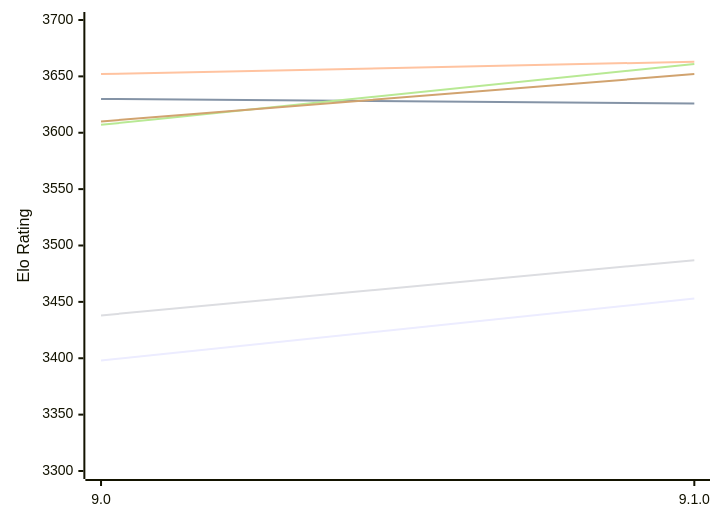
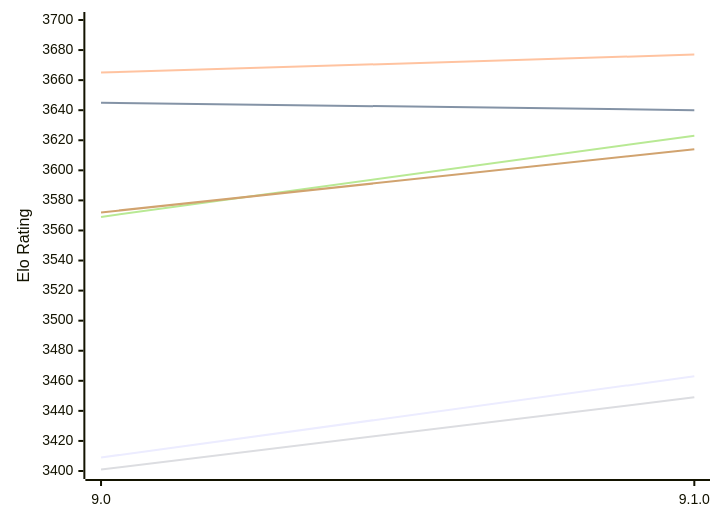
The first of 2 diagrams in engines/Alexandria.md (computer-chess-index/cci), drawn with Mermaid before and after one commit. The commit also changed other lines of this file, not shown here.

Commit message:
Update CCI Ratings (ELO VLTC) - 2026-11-14

````diff
--- a/engines/Alexandria.md
+++ b/engines/Alexandria.md
@@ -54,12 +54,12 @@
 ```mermaid
 %%{init: {"theme":"base","themeVariables":{"seriesColors:['#a3a3a3','#222221','#faa371']}}}%%
 xychart-beta
   x-axis ["9.0", "9.1.0"]
-  y-axis "Elo Rating" 3300 --> 3700
-  line "E1: STC (8.0+0.08s)" [3398, 3453]
-  line "E1: LTC (60.0+0.60s)" [3630, 3626]
-  line "E1: VLTC (2m24s+1.12s)" [3652, 3663]
-  line "P1: STC (8.0+0.08s)" [3438, 3487]
-  line "P1: LTC (60.0+0.60s)" [3607, 3661]
-  line "P1: VLTC (2m24s+1.12s)" [3610, 3652]
+  y-axis "Elo Rating" 3400 --> 3700
+  line "E1: STC (8.0+0.08s)" [3409, 3463]
+  line "E1: LTC (60.0+0.60s)" [3645, 3640]
+  line "E1: VLTC (2m24s+1.12s)" [3665, 3677]
+  line "P1: STC (8.0+0.08s)" [3401, 3449]
+  line "P1: LTC (60.0+0.60s)" [3569, 3623]
+  line "P1: VLTC (2m24s+1.12s)" [3572, 3614]
 ```
````
